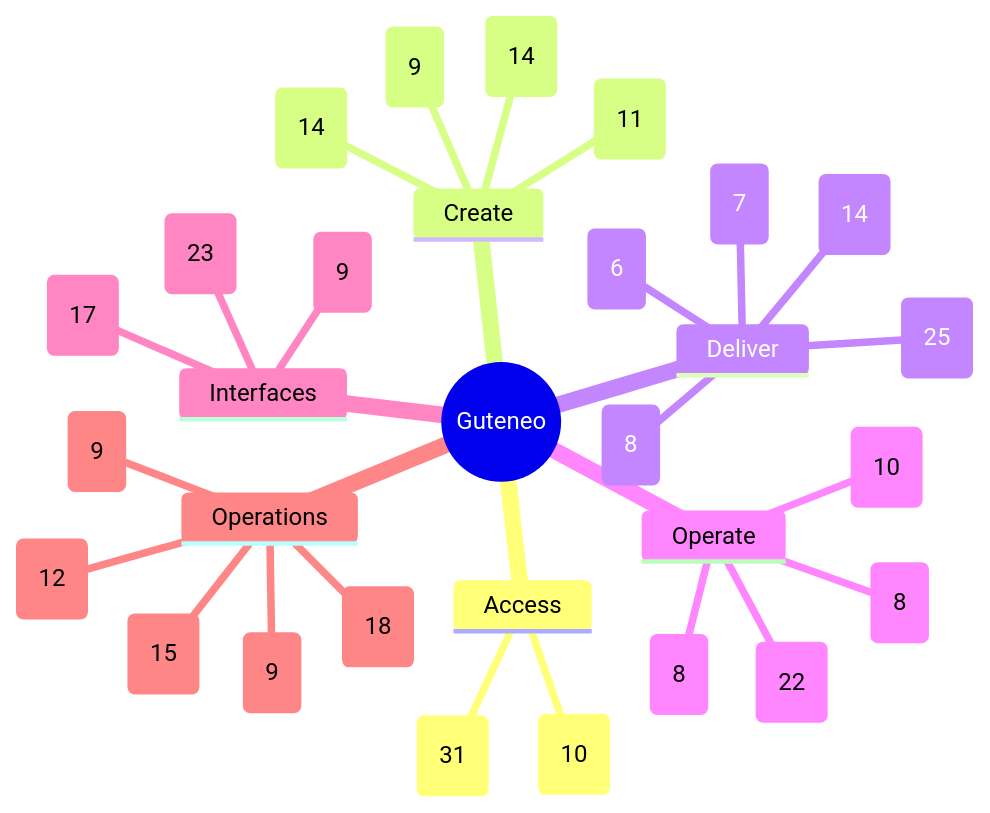
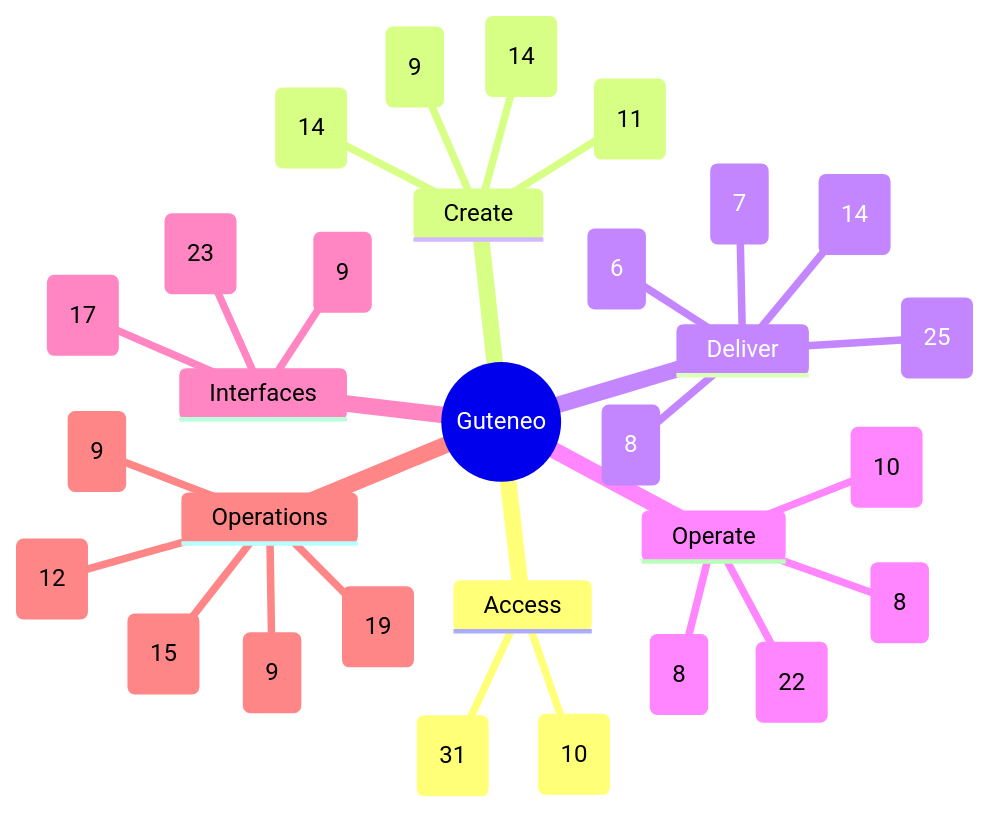
One commit to nclsppr/guteneo changed the diagram in docs/FEATURE_MAP.md. Above: the diagram before and after it, drawn with Mermaid. The commit also changed other lines of this file and 12 other files, not shown here.

````diff
--- a/docs/FEATURE_MAP.md
+++ b/docs/FEATURE_MAP.md
@@ -13,33 +13,33 @@
 ```mermaid
 mindmap
   root((Guteneo))
     Access
       Access and identity (31)
       Team and responsibilities (10)
     Create
       Documents and protection (14)
       Template studio (14)
       Data and mappings (9)
       PDF generation and distribution (11)
     Deliver
       Fax (6)
       Postal mail (8)
       Email and protected links (14)
       Sensitive distribution and personal documents (25)
       Dispatch dry run (7)
     Operate
       Campaigns and tracking (8)
       Credits and billing (8)
       Workspace layout and browser appearance (22)
       PDF verification (10)
     Interfaces
       Assistants and API (23)
       iPhone and iPad (9)
       Public pages, languages and appearance (17)
     Operations
       Reviewer OAuth qualification (9)
-      Operations and reliability (18)
+      Operations and reliability (19)
       Belvédère platform oversight (9)
       Public service status (15)
       Engineering documentation (12)
 ```
````
